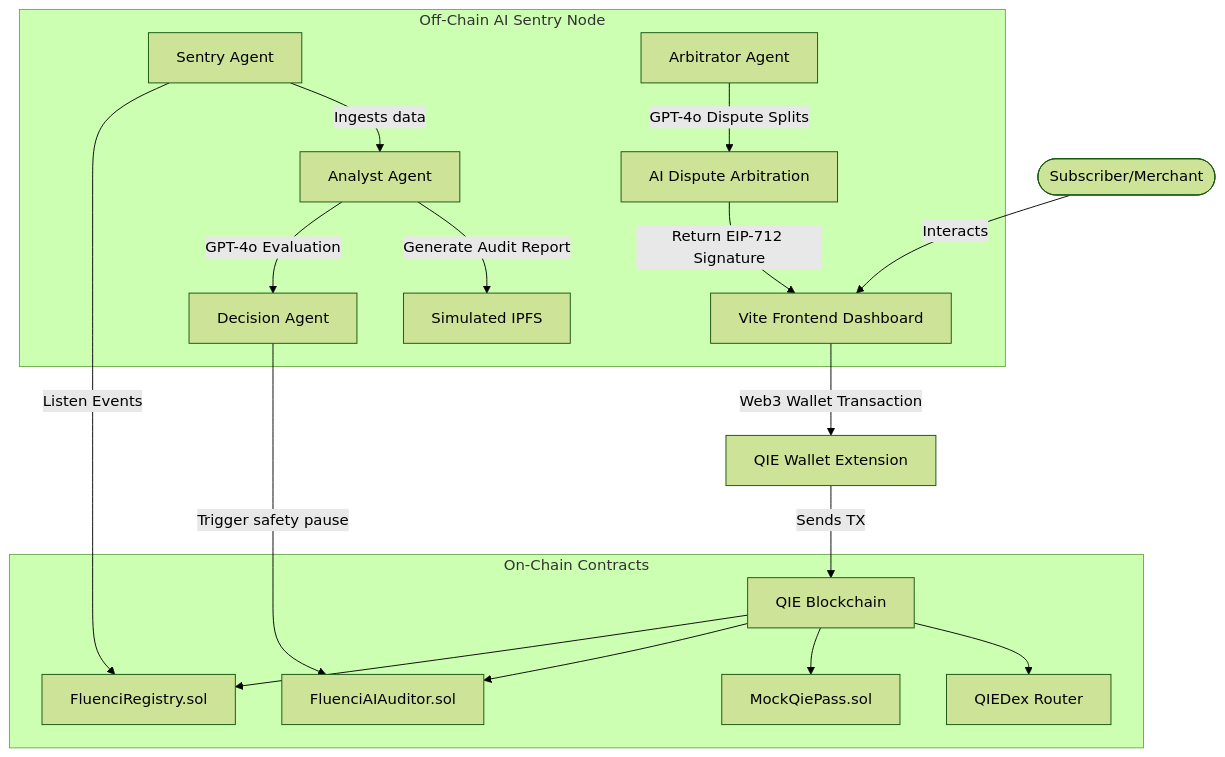
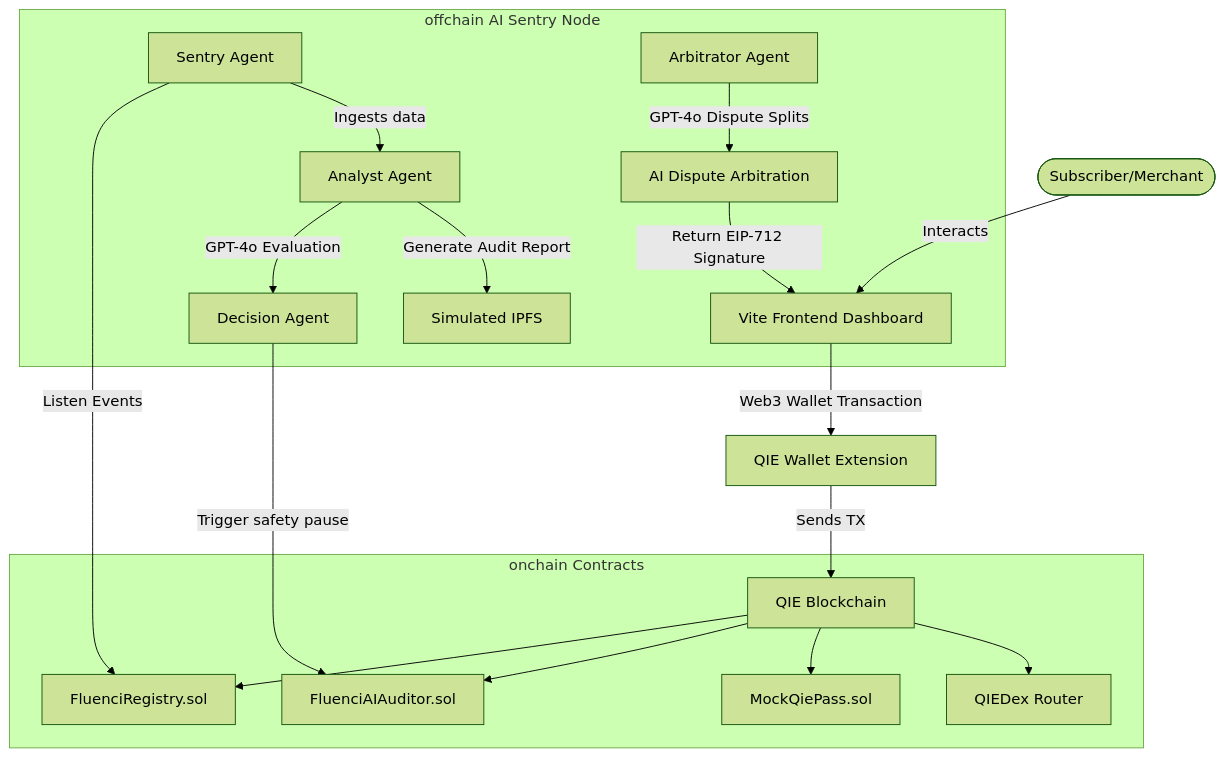
The diagram in README.md (mrnetwork0001/Fluenci), drawn with Mermaid (forest theme) before and after one commit. The commit also changed other lines of this file and 7 other files, not shown here.

Commit message:
chore: replace all on-chain/off-chain with onchain/offchain across the entire app

````diff
--- a/README.md
+++ b/README.md
@@ -29,24 +29,24 @@
 ```mermaid
 graph TD
     User([Subscriber/Merchant]) -->|Interacts| UI[Vite Frontend Dashboard]
     UI -->|Web3 Wallet Transaction| Wallet[QIE Wallet Extension]
     Wallet -->|Sends TX| BC[QIE Blockchain]
     
-    subgraph On-Chain Contracts
+    subgraph onchain Contracts
         BC --> Registry[FluenciRegistry.sol]
         BC --> Auditor[FluenciAIAuditor.sol]
         BC --> QPass[MockQiePass.sol]
         BC --> QDex[QIEDex Router]
     end
     
-    subgraph Off-Chain AI Sentry Node
+    subgraph offchain AI Sentry Node
         Sentry[Sentry Agent] -->|Listen Events| Registry
         Sentry -->|Ingests data| Analyst[Analyst Agent]
         Analyst -->|GPT-4o Evaluation| Decision[Decision Agent]
         Analyst -->|Generate Audit Report| IPFS[Simulated IPFS]
         Decision -->|Trigger safety pause| Auditor
         
         Arbitrator[Arbitrator Agent] -->|GPT-4o Dispute Splits| Dispute[AI Dispute Arbitration]
         Dispute -->|Return EIP-712 Signature| UI
     end
 ```
````
